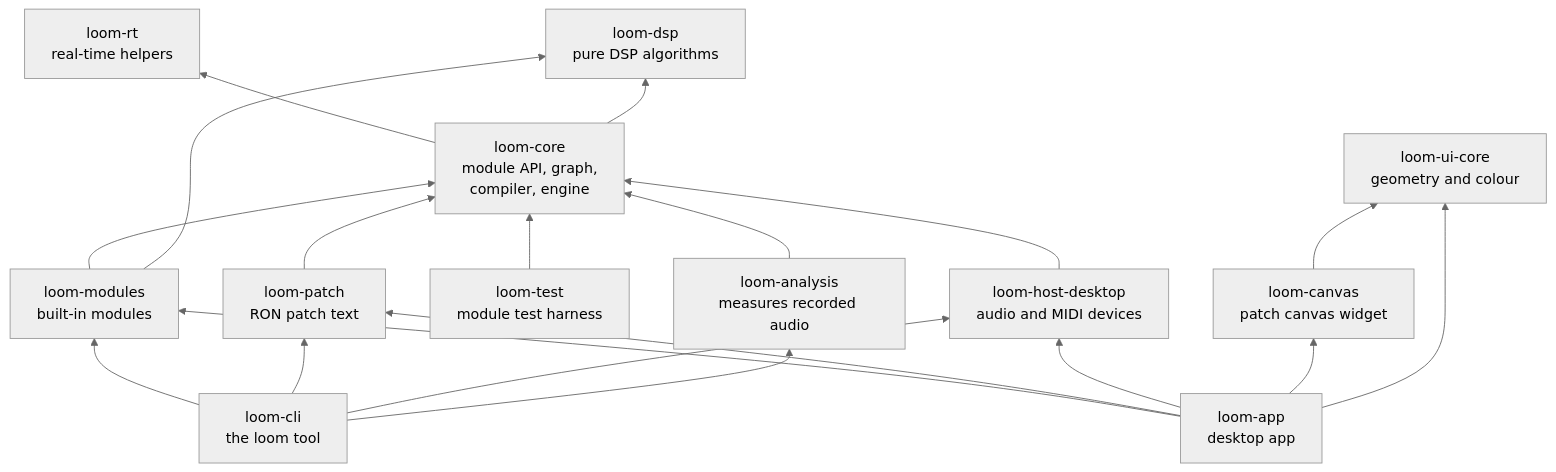
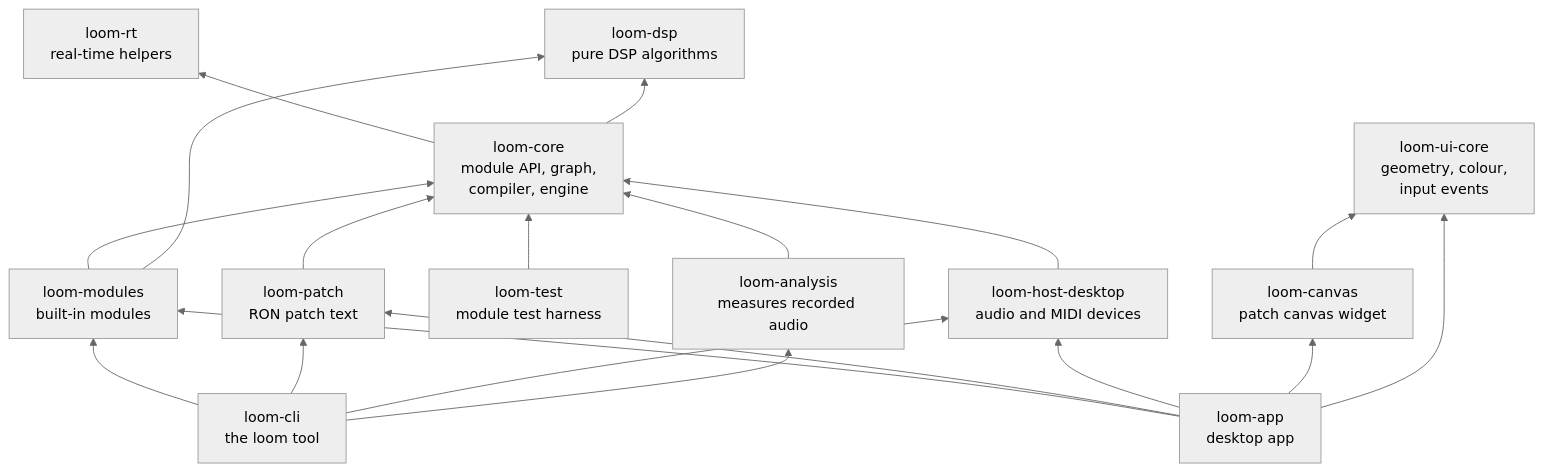
Before and after one commit to brylie/LoomDSP: the first of 2 diagrams in docs/dev/architecture.md, drawn with Mermaid (neutral theme). The commit also changed other lines of this file and 5 other files, not shown here.

````diff
--- a/docs/dev/architecture.md
+++ b/docs/dev/architecture.md
@@ -7,25 +7,25 @@
 ```mermaid
 flowchart BT
     rt[loom-rt<br/>real-time helpers]
     dsp[loom-dsp<br/>pure DSP algorithms]
     core[loom-core<br/>module API, graph,<br/>compiler, engine]
     modules[loom-modules<br/>built-in modules]
     patch[loom-patch<br/>RON patch text]
     test[loom-test<br/>module test harness]
     analysis[loom-analysis<br/>measures recorded audio]
     host[loom-host-desktop<br/>audio and MIDI devices]
-    uicore[loom-ui-core<br/>geometry and colour]
+    uicore[loom-ui-core<br/>geometry, colour,<br/>input events]
     canvas[loom-canvas<br/>patch canvas widget]
     cli[loom-cli<br/>the loom tool]
     app[loom-app<br/>desktop app]
 
     core --> rt & dsp
     modules --> core & dsp
     patch --> core
     test --> core
     analysis --> core
     host --> core
     cli --> modules & patch & host & analysis
     canvas --> uicore
     app --> modules & patch & host & canvas & uicore
 ```
````
